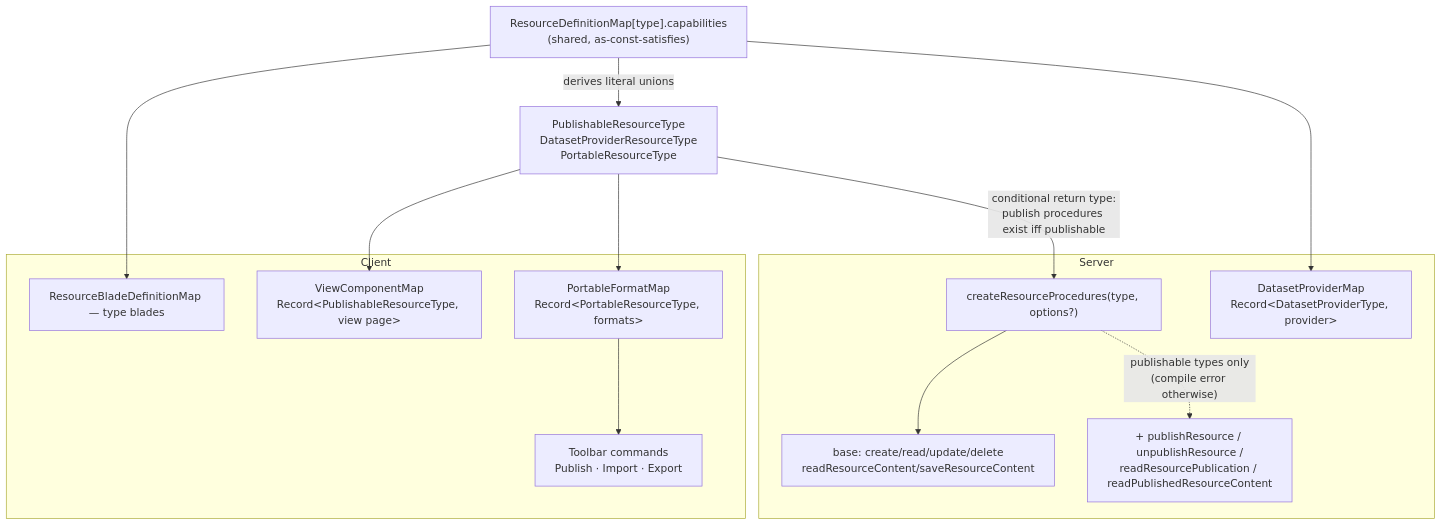
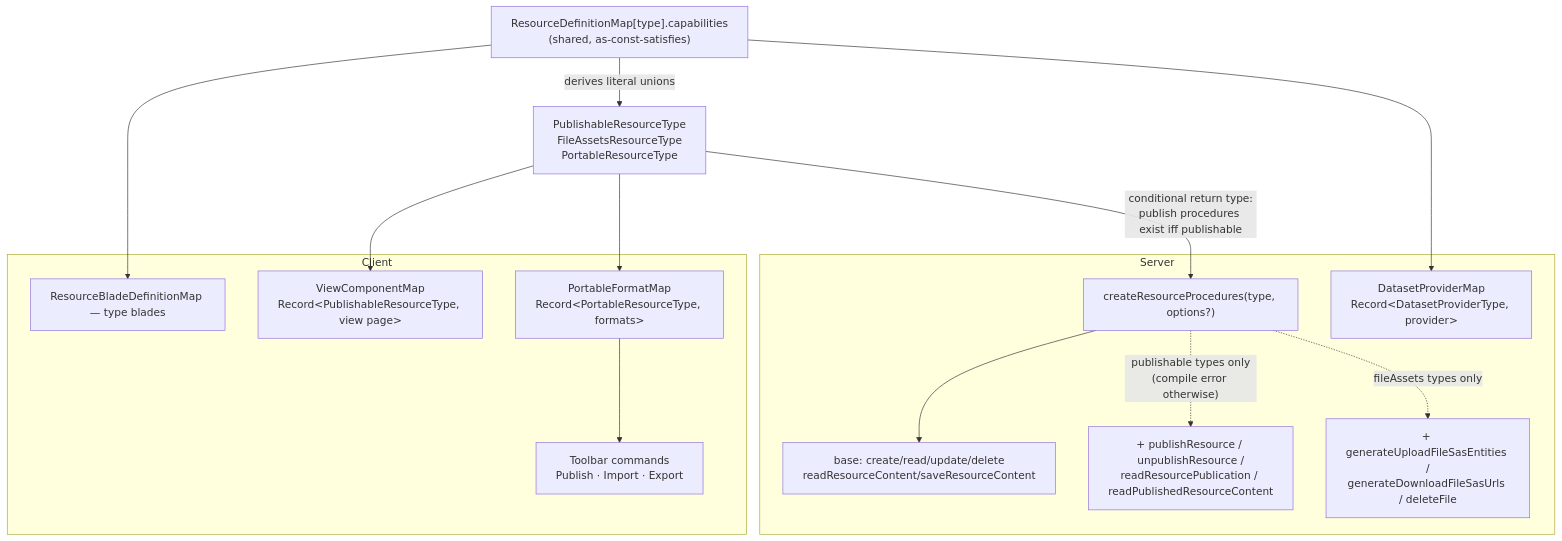
Before and after one commit to Esposter/Esposter: the second of 2 diagrams in packages/app/content/docs/architecture/resources.md, drawn with Mermaid. The commit also changed other lines of this file and 56 other files, not shown here.

````diff
--- a/packages/app/content/docs/architecture/resources.md
+++ b/packages/app/content/docs/architecture/resources.md
@@ -101,29 +102,31 @@
 ```mermaid
 flowchart TB
   DEF["ResourceDefinitionMap[type].capabilities<br/>(shared, as-const-satisfies)"]
 
-  DEF -->|"derives literal unions"| UNIONS["PublishableResourceType<br/>DatasetProviderResourceType<br/>PortableResourceType"]
+  DEF -->|"derives literal unions"| UNIONS["PublishableResourceType<br/>FileAssetsResourceType<br/>PortableResourceType"]
 
   subgraph server [Server]
     FACTORY["createResourceProcedures(type, options?)"]
     BASE["base: create/read/update/delete<br/>readResourceContent/saveResourceContent"]
     PUBP["+ publishResource / unpublishResource /<br/>readResourcePublication / readPublishedResourceContent"]
+    FAP["+ generateUploadFileSasEntities /<br/>generateDownloadFileSasUrls / deleteFile"]
     DPM["DatasetProviderMap<br/>Record&lt;DatasetProviderType, provider&gt;"]
   end
 
   subgraph client [Client]
     BLADES["ResourceBladeDefinitionMap — type blades"]
     CMDS["Toolbar commands<br/>Publish · Import · Export"]
     VIEWS["ViewComponentMap<br/>Record&lt;PublishableResourceType, view page&gt;"]
     FMT["PortableFormatMap<br/>Record&lt;PortableResourceType, formats&gt;"]
   end
 
   UNIONS -->|"conditional return type:<br/>publish procedures exist iff publishable"| FACTORY
   FACTORY --> BASE
   FACTORY -.->|"publishable types only<br/>(compile error otherwise)"| PUBP
+  FACTORY -.->|"fileAssets types only"| FAP
   UNIONS --> VIEWS
   UNIONS --> FMT
   FMT --> CMDS
   DEF --> DPM
   DEF --> BLADES
 ```
````
